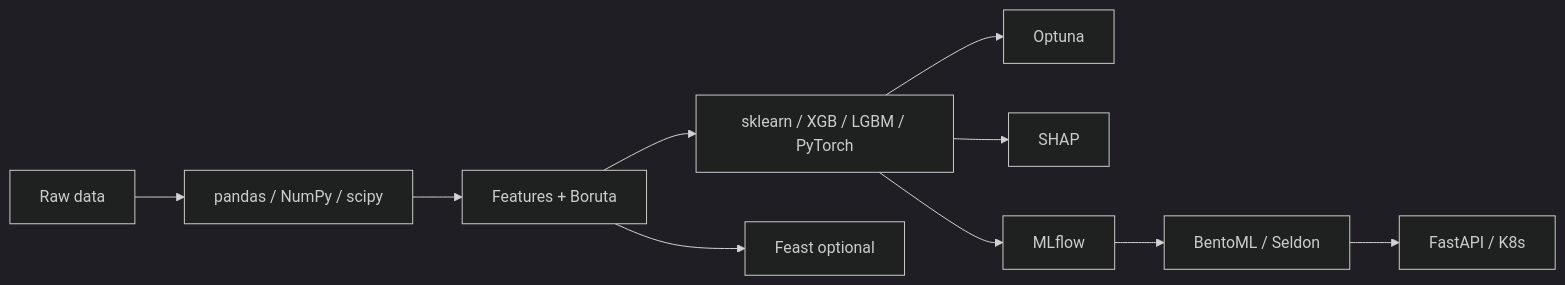
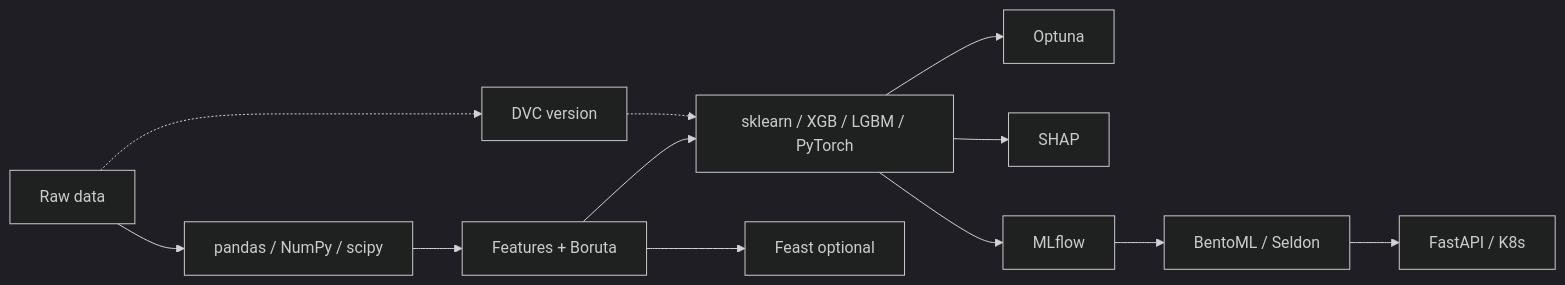
The diagram in Concepts/Machine Learning.md (kurtc3b3/tech-learn), drawn with Mermaid (dark theme) before and after one commit. The commit also changed other lines of this file and 68 other files, not shown here.

````diff
--- a/Concepts/Machine Learning.md
+++ b/Concepts/Machine Learning.md
@@ -27,12 +28,13 @@
 ```mermaid
 flowchart LR
     DATA[Raw data] --> PREP[pandas / NumPy / scipy]
     PREP --> FEAT[Features + Boruta]
     FEAT --> TRAIN[sklearn / XGB / LGBM / PyTorch]
     TRAIN --> TUNE[Optuna]
     TRAIN --> EXPLAIN[SHAP]
     TRAIN --> TRACK[MLflow]
     FEAT --> STORE[Feast optional]
+    DATA -.-> DVCPIN[DVC version] -.-> TRAIN
     TRACK --> SERVE[BentoML / Seldon]
     SERVE --> API[FastAPI / K8s]
 ```
````
